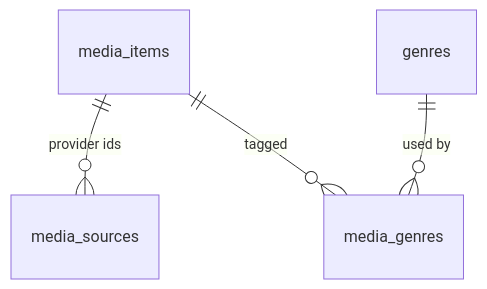
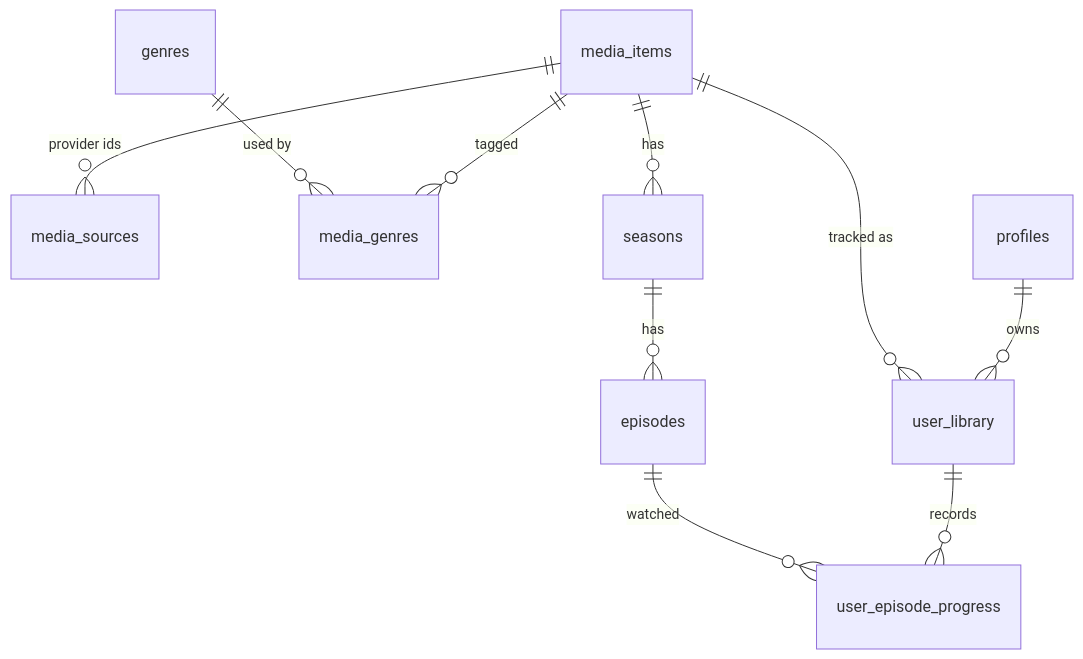
Before and after one commit to kanishk3114S/ShowTracker: the third of 3 diagrams in README.md, drawn with Mermaid. The commit also changed other lines of this file and 30 other files, not shown here.

First line of the commit message:
Phase 4: seasons, episodes and personal library

````diff
--- a/README.md
+++ b/README.md
@@ -217,6 +239,12 @@
 ```mermaid
 erDiagram
     media_items ||--o{ media_sources : "provider ids"
     media_items ||--o{ media_genres : "tagged"
     genres ||--o{ media_genres : "used by"
+    media_items ||--o{ seasons : has
+    seasons ||--o{ episodes : has
+    profiles ||--o{ user_library : owns
+    media_items ||--o{ user_library : "tracked as"
+    user_library ||--o{ user_episode_progress : records
+    episodes ||--o{ user_episode_progress : "watched"
 ```
````
